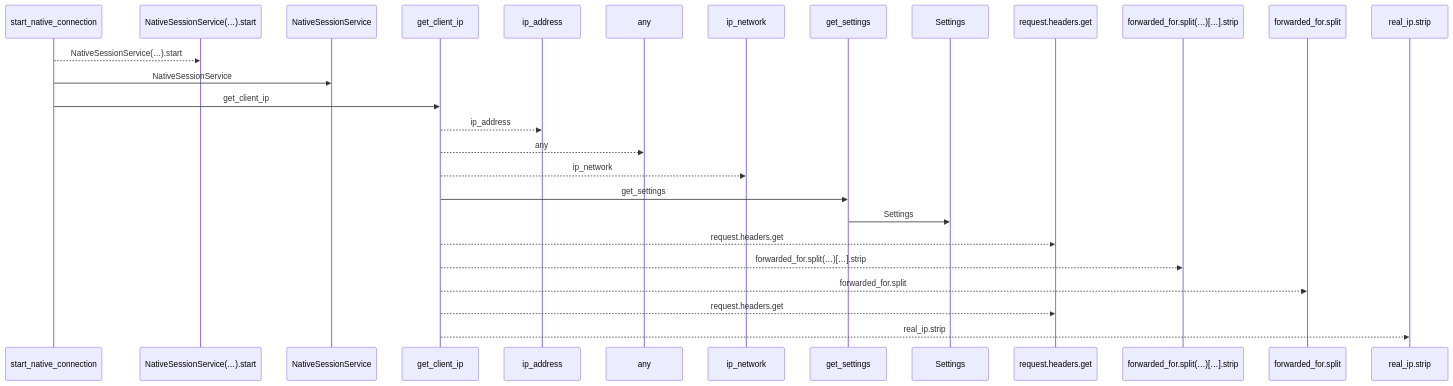
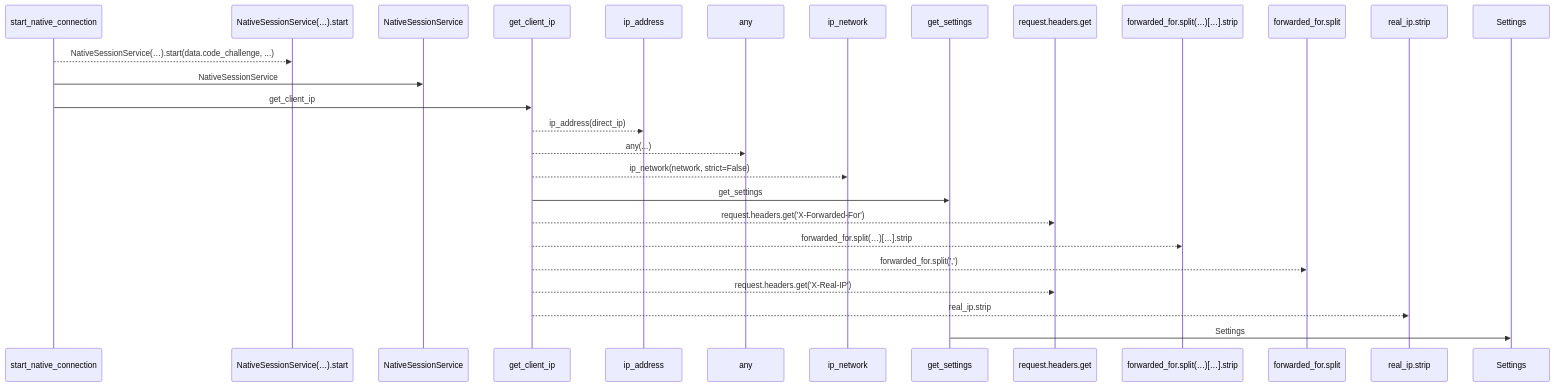
The first of 2 diagrams in docs/llm_wiki/flows/http-start_native_connection.md (Denissvgn/WorkChord), drawn with Mermaid before and after one commit. The commit also changed other lines of this file and 25171 other files, not shown here.

````diff
--- a/docs/llm_wiki/flows/http-start_native_connection.md
+++ b/docs/llm_wiki/flows/http-start_native_connection.md
@@ -10,29 +12,29 @@
 ```mermaid
 sequenceDiagram
     participant p0 as start_native_connection
     participant p1 as NativeSessionService(…).start
     participant p2 as NativeSessionService
     participant p3 as get_client_ip
     participant p4 as ip_address
     participant p5 as any
     participant p6 as ip_network
     participant p7 as get_settings
-    participant p8 as Settings
-    participant p9 as request.headers.get
-    participant p10 as forwarded_for.split(…)[…].strip
-    participant p11 as forwarded_for.split
-    participant p12 as real_ip.strip
-    p0-->>p1: NativeSessionService(…).start
+    participant p8 as request.headers.get
+    participant p9 as forwarded_for.split(…)[…].strip
+    participant p10 as forwarded_for.split
+    participant p11 as real_ip.strip
+    participant p12 as Settings
+    p0-->>p1: NativeSessionService(…).start(data.code_challenge, ...)
     p0->>p2: NativeSessionService
     p0->>p3: get_client_ip
-    p3-->>p4: ip_address
-    p3-->>p5: any
-    p3-->>p6: ip_network
+    p3-->>p4: ip_address(direct_ip)
+    p3-->>p5: any(...)
+    p3-->>p6: ip_network(network, strict=False)
     p3->>p7: get_settings
-    p7->>p8: Settings
-    p3-->>p9: request.headers.get
-    p3-->>p10: forwarded_for.split(…)[…].strip
-    p3-->>p11: forwarded_for.split
-    p3-->>p9: request.headers.get
-    p3-->>p12: real_ip.strip
+    p3-->>p8: request.headers.get('X-Forwarded-For')
+    p3-->>p9: forwarded_for.split(…)[…].strip
+    p3-->>p10: forwarded_for.split(',')
+    p3-->>p8: request.headers.get('X-Real-IP')
+    p3-->>p11: real_ip.strip
+    p7->>p12: Settings
 ```
````
